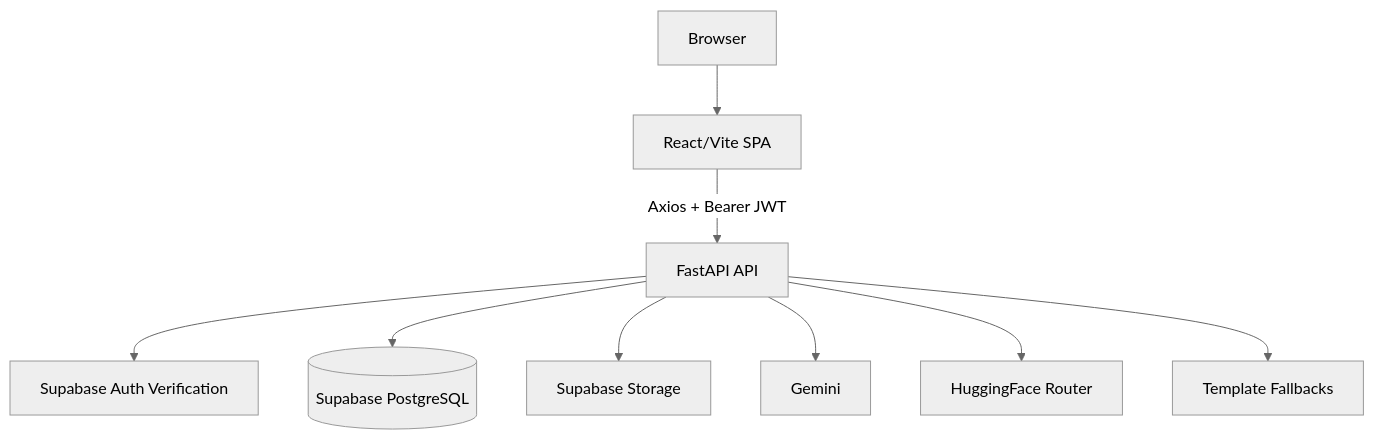
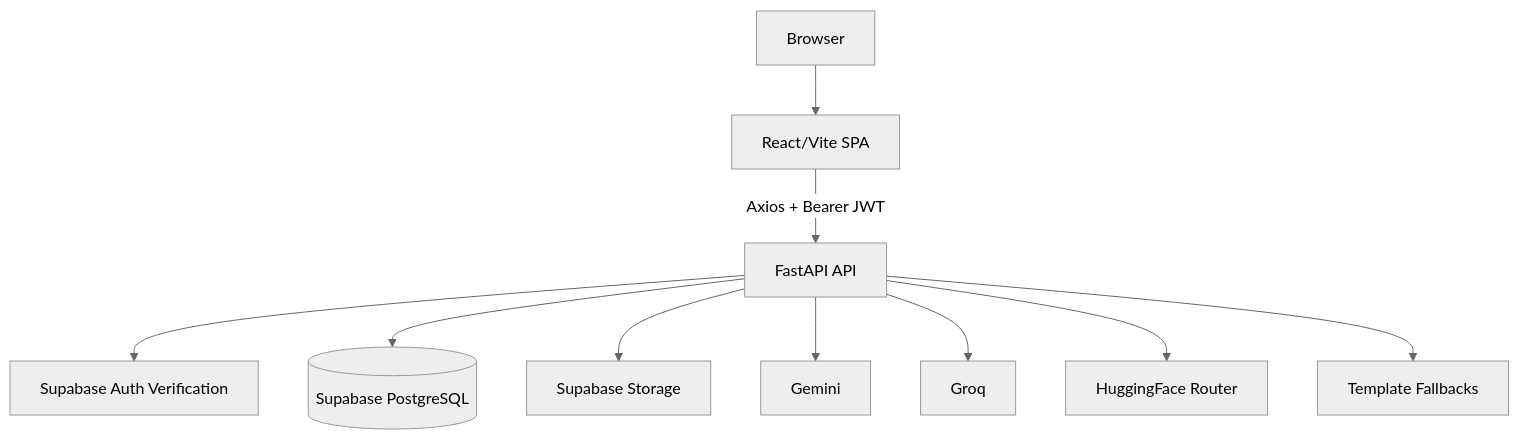
One commit to pranavvenu12/ai-hiring-os changed the first of 3 diagrams in docs/TRD.md. Above: the diagram before and after it, drawn with Mermaid (neutral theme). The commit also changed other lines of this file and 2 other files, not shown here.

Commit message:
docs: update schema and architecture docs with candidate intelligence and groq fallback

````diff
--- a/docs/TRD.md
+++ b/docs/TRD.md
@@ -9,11 +9,12 @@
 ```mermaid
 graph TB
     Browser[Browser] --> SPA[React/Vite SPA]
     SPA -->|Axios + Bearer JWT| API[FastAPI API]
     API --> Auth[Supabase Auth Verification]
     API --> DB[(Supabase PostgreSQL)]
     API --> Storage[Supabase Storage]
     API --> Gemini[Gemini]
+    API --> Groq[Groq]
     API --> HF[HuggingFace Router]
     API --> Fallback[Template Fallbacks]
 ```
````
